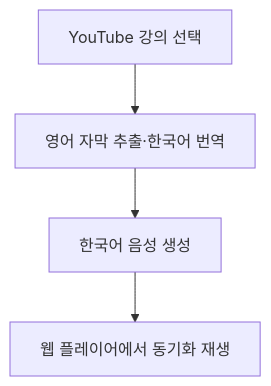
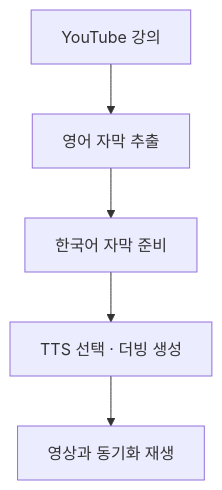
One commit to HyunKN/lecture-dub changed the diagram in README.md. Above: the diagram before and after it, drawn with Mermaid. The commit also changed other lines of this file, not shown here.

Commit message:
docs: document selectable external local TTS models

````diff
--- a/README.md
+++ b/README.md
@@ -17,6 +17,7 @@
 ```mermaid
 flowchart TD
-    A["YouTube 강의 선택"] --> B["영어 자막 추출·한국어 번역"]
-    B --> C["한국어 음성 생성"]
-    C --> D["웹 플레이어에서 동기화 재생"]
+    A["YouTube 강의"] --> B["영어 자막 추출"]
+    B --> C["한국어 자막 준비"]
+    C --> D["TTS 선택 · 더빙 생성"]
+    D --> E["영상과 동기화 재생"]
 ```
````
